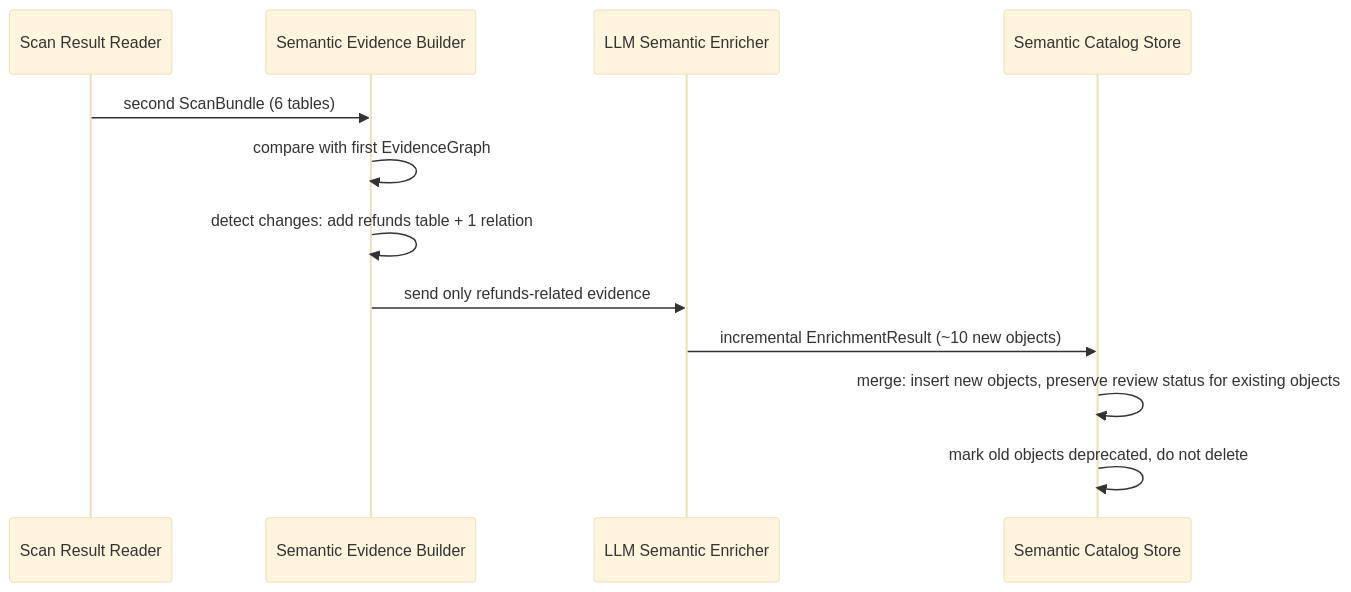
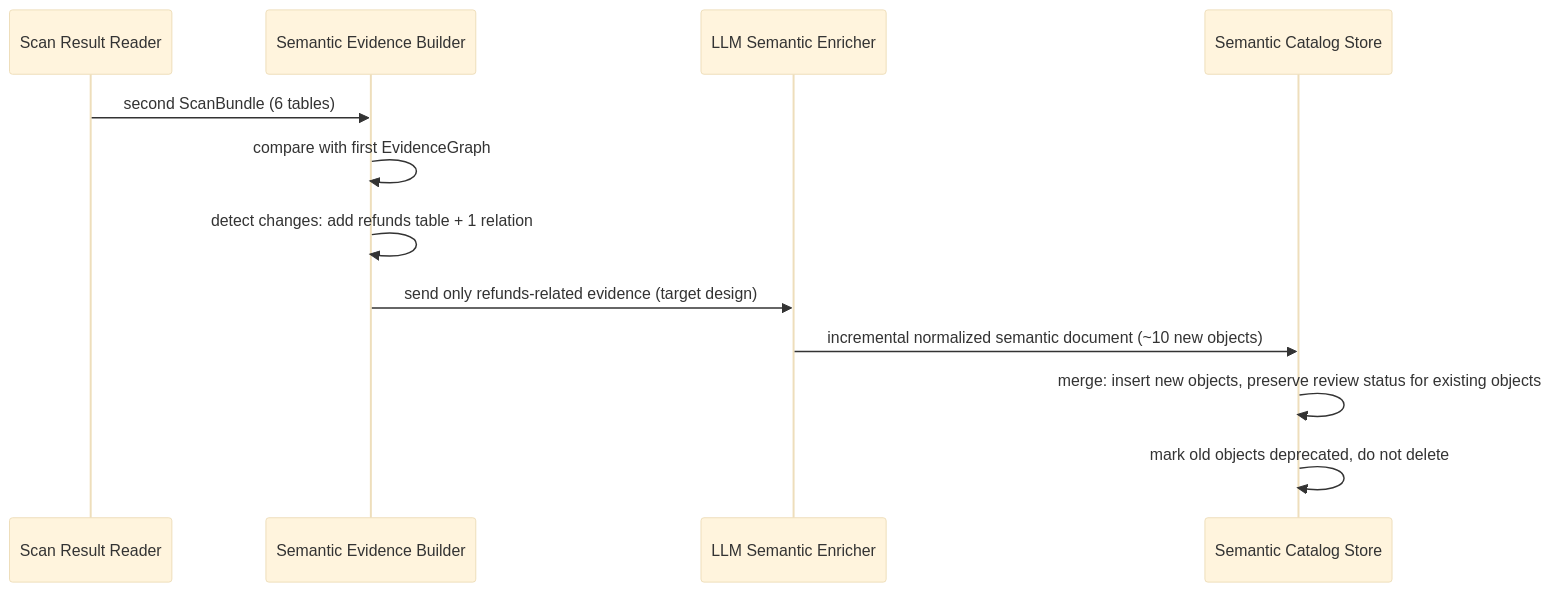
The sixth of 6 diagrams in docs/design/semantic-layer/end-to-end-examples.md (xiaoguang/relation-detector), drawn with Mermaid (base theme) before and after one commit. The commit also changed other lines of this file and 881 other files, not shown here.

Commit message:
Naturalize SQL Server samples and refine semantic evidence

````diff
--- a/docs/design/semantic-layer/end-to-end-examples.md
+++ b/docs/design/semantic-layer/end-to-end-examples.md
@@ -679,15 +684,15 @@
 ```mermaid
 sequenceDiagram
     participant SR as Scan Result Reader
     participant EB as Semantic Evidence Builder
     participant LLM as LLM Semantic Enricher
     participant CS as Semantic Catalog Store
 
     SR->>EB: second ScanBundle (6 tables)
     EB->>EB: compare with first EvidenceGraph
     EB->>EB: detect changes: add refunds table + 1 relation
-    EB->>LLM: send only refunds-related evidence
-    LLM->>CS: incremental EnrichmentResult (~10 new objects)
+    EB->>LLM: send only refunds-related evidence (target design)
+    LLM->>CS: incremental normalized semantic document (~10 new objects)
     CS->>CS: merge: insert new objects, preserve review status for existing objects
     CS->>CS: mark old objects deprecated, do not delete
 ```
````
